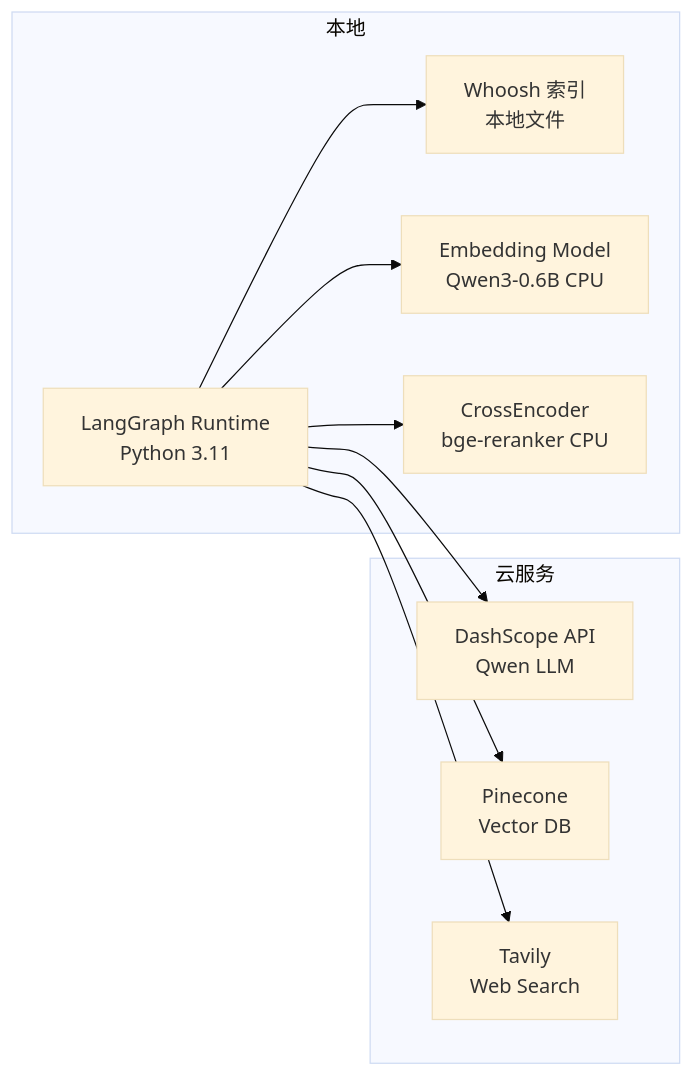
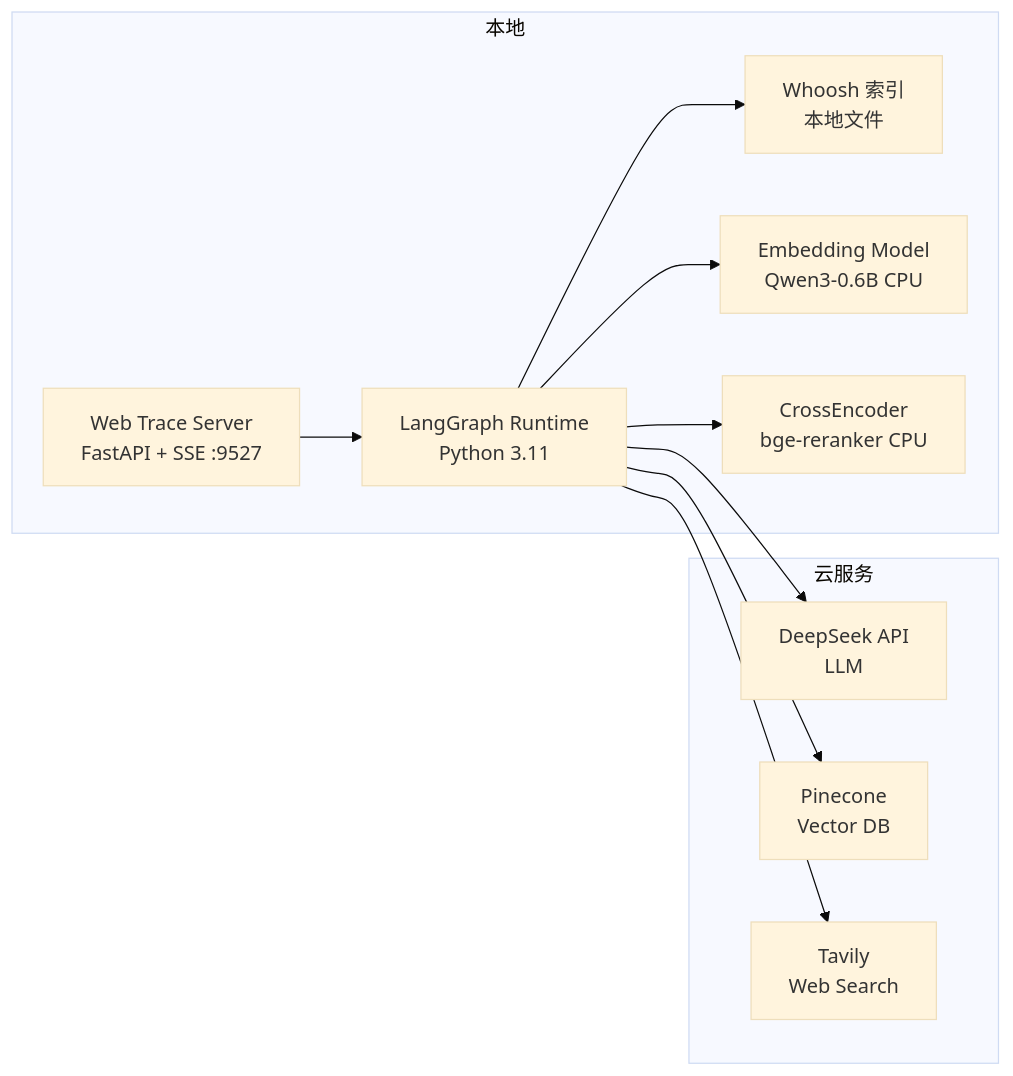
One commit to AKArrok/AniGraph changed the second of 5 diagrams in .trae/documents/project-summary.md. Above: the diagram before and after it, drawn with Mermaid (base theme). The commit also changed other lines of this file and 3 other files, not shown here.

````diff
--- a/.trae/documents/project-summary.md
+++ b/.trae/documents/project-summary.md
@@ -124,22 +124,24 @@
 ```mermaid
 graph LR
     subgraph 本地
+        W[Web Trace Server<br/>FastAPI + SSE :9527]
         L[LangGraph Runtime<br/>Python 3.11]
-        W[Whoosh 索引<br/>本地文件]
+        WHO[Whoosh 索引<br/>本地文件]
         E[Embedding Model<br/>Qwen3-0.6B CPU]
         R[CrossEncoder<br/>bge-reranker CPU]
     end
 
     subgraph 云服务
-        D[DashScope API<br/>Qwen LLM]
+        D[DeepSeek API<br/>LLM]
         P[Pinecone<br/>Vector DB]
         T[Tavily<br/>Web Search]
     end
 
+    W --> L
     L --> D
     L --> P
     L --> T
-    L --> W
+    L --> WHO
     L --> E
     L --> R
 ```
````
